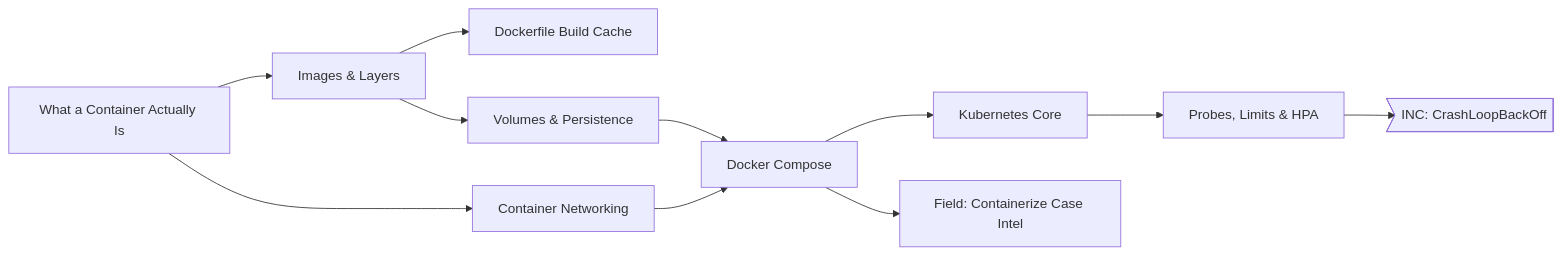
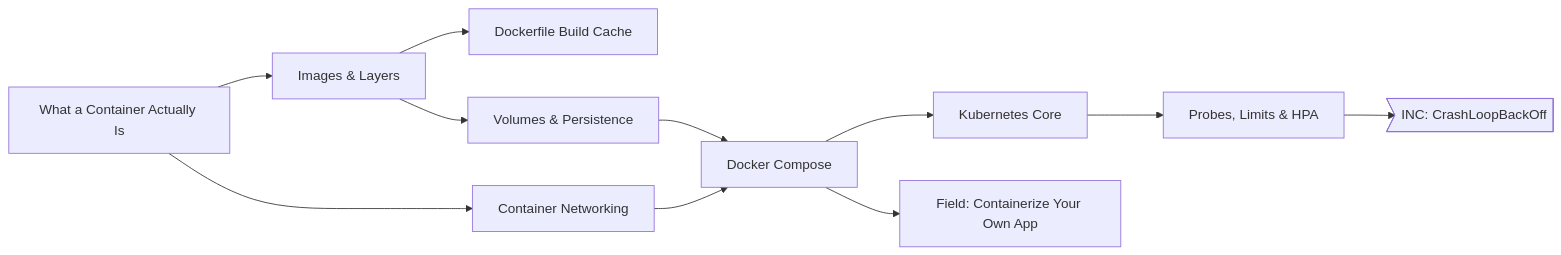
One commit to Bugs0007/NINES changed diagram 26 of 32 in CONTENT_PLAN.md. Above: the diagram before and after it, drawn with Mermaid. The commit also changed other lines of this file and 50 other files, not shown here.

````diff
--- a/CONTENT_PLAN.md
+++ b/CONTENT_PLAN.md
@@ -1022,23 +1022,23 @@
 ```mermaid
 flowchart LR
   container_basics["What a Container Actually Is"]
   docker_images_layers["Images & Layers"]
   dockerfile_cache["Dockerfile Build Cache"]
   docker_volumes["Volumes & Persistence"]
   docker_networking["Container Networking"]
   docker_compose["Docker Compose"]
   kubernetes_core["Kubernetes Core"]
   kubernetes_probes_scaling["Probes, Limits & HPA"]
-  field_containerize_case_intel["Field: Containerize Case Intel"]
+  field_containerize_app["Field: Containerize Your Own App"]
   inc_oom_container>"INC: CrashLoopBackOff"]
   container_basics --> docker_images_layers
   docker_images_layers --> dockerfile_cache
   docker_images_layers --> docker_volumes
   container_basics --> docker_networking
   docker_volumes --> docker_compose
   docker_networking --> docker_compose
   docker_compose --> kubernetes_core
   kubernetes_core --> kubernetes_probes_scaling
-  docker_compose --> field_containerize_case_intel
+  docker_compose --> field_containerize_app
   kubernetes_probes_scaling --> inc_oom_container
 ```
````
